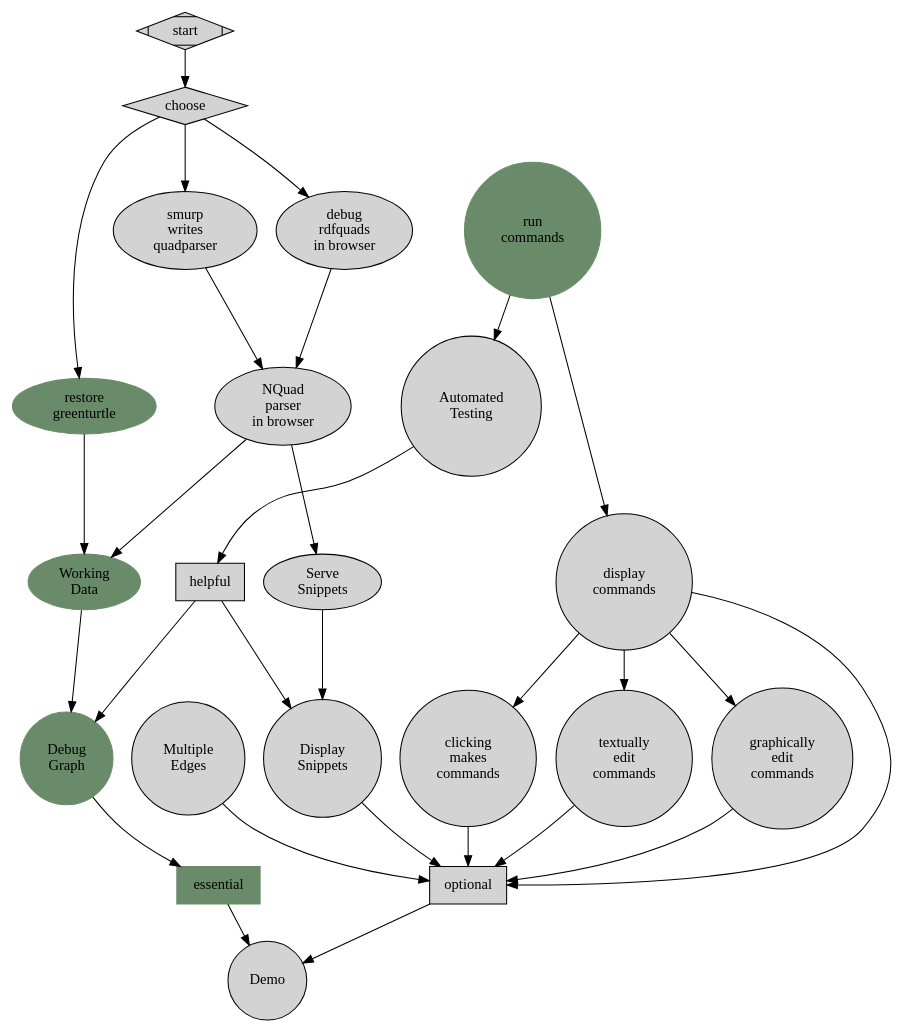
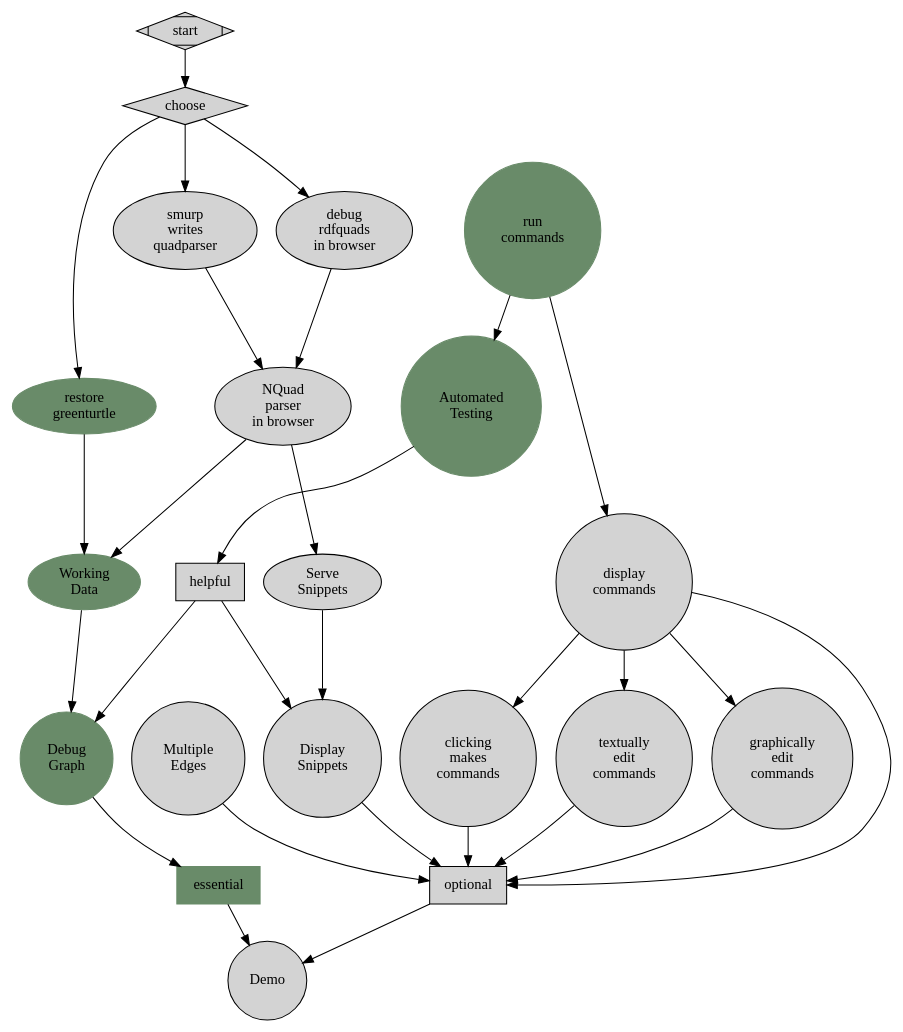
Before and after one commit to smurp/huviz: the diagram in docs/dependencies.dot, drawn with Graphviz. The commit also changed 6 other files, not shown here.

```diff
--- a/docs/dependencies.dot
+++ b/docs/dependencies.dot
@@ -1,88 +1,88 @@
 /*
 
    dot -T pdf -o dependencies.pdf dependencies.dot
    dot -T svg -o dependencies.svg dependencies.dot 
 
    See:
      http://www.graphviz.org/content/cluster
 
    NODE_A   enables   NODE_B;
    serve      ->      display;
 */
 
 digraph huviz_plan {
 	node [ style = filled ];
 	randkdir=LR;
 
 	subgraph qp {
 		 color=lightgrey;
 		 style=filled;
 		 label="NQuad parser";
 		 rdfquads;
 		 smurpquads;
 		 greenturtle;
 	}
 
         rdfquads[label="debug\nrdfquads\nin browser"];
 	smurpquads[label="smurp\nwrites\nquadparser"];
 
 	smurpquads -> quadpars;
 	rdfquads -> quadpars;
 	quadpars[label="NQuad\nparser\nin browser"];
 	greenturtle[label="restore\ngreenturtle",color=darkseagreen4];
 	greenturtle -> workdata;
 	
 	workdata[label="Working\nData",color=darkseagreen4];
 	start[shape=Mdiamond];
 	pickpath[label="choose",shape=diamond];
 	start -> pickpath;
 	pickpath -> smurpquads;
 	pickpath -> rdfquads;
 	pickpath -> greenturtle;
 	quadpars -> workdata;
 
 	quadpars -> servsnip;
 
 	node [shape = circle];
 	dg[label="Debug\nGraph",color=darkseagreen4];
-        testing[label="Automated\nTesting"];
+        testing[label="Automated\nTesting",color=darkseagreen4];
         essential[color=darkseagreen4,shape=rect];
 	helpful[shape=rect];
 	optional[shape=rect];
 	essential -> Demo;
 	optional -> Demo;
 	dispsnip -> optional;
 	
 	workdata -> dg;
 
 	servsnip -> dispsnip;
 	
 	dispsnip[label="Display\nSnippets"];
     	servsnip[label="Serve\nSnippets"];
 	me[label="Multiple\nEdges"];
 	dg -> essential;
 	me -> optional;
 	runcom[label="run\ncommands",color=darkseagreen4];
 	runcom -> dispcom;
         runcom -> testing;
         testing -> helpful;
 	helpful -> dispsnip;
         helpful -> dg;
 
 	dispcom[label="display\ncommands"];
 
 	clkcom[label="clicking\nmakes\ncommands"];
 	dispcom -> clkcom;
 
 	txtedcom[label="textually\nedit\ncommands"];
         dispcom -> txtedcom;
 
 	gredcom[label="graphically\nedit\ncommands"];
 	dispcom -> gredcom;
 
 	dispcom -> optional;
 	txtedcom -> optional;
 	gredcom -> optional;
 	clkcom -> optional;
 
 }
```
